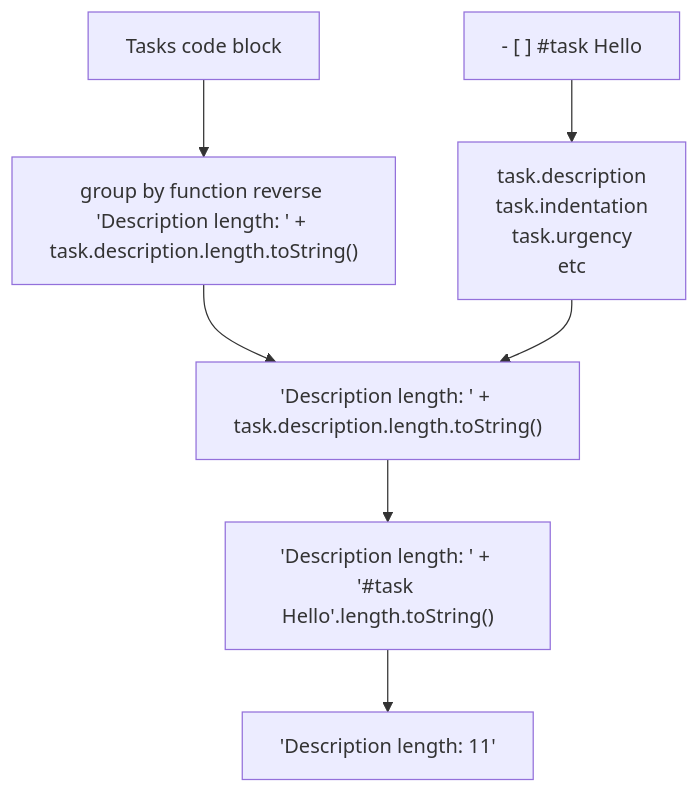
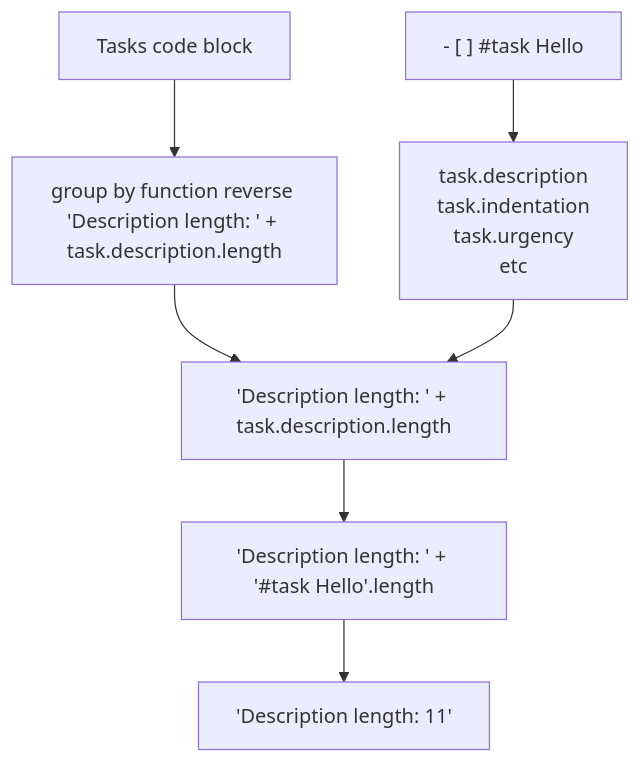
The diagram in docs/Queries/Grouping.md (obsidian-tasks-group/obsidian-tasks), drawn with Mermaid before and after one commit. The commit also changed other lines of this file and 2 other files, not shown here.

````diff
--- a/docs/Queries/Grouping.md
+++ b/docs/Queries/Grouping.md
@@ -233,19 +233,19 @@
 ```mermaid
 flowchart TB
 
 4[Tasks code block]
-5["group by function reverse 'Description length: ' + task.description.length.toString()"]
+5["group by function reverse 'Description length: ' + task.description.length"]
 4 --> 5
 
 8["- [ ] #task Hello"]
 9["task.description
 task.indentation
 task.urgency
 etc"]
-10["'Description length: ' + task.description.length.toString()"]
-12["'Description length: ' + '#task Hello'.length.toString()"]
+10["'Description length: ' + task.description.length"]
+12["'Description length: ' + '#task Hello'.length"]
 13['Description length: 11']
 
 5 --> 10
 8 --> 9 --> 10 --> 12 --> 13
 ```
````
